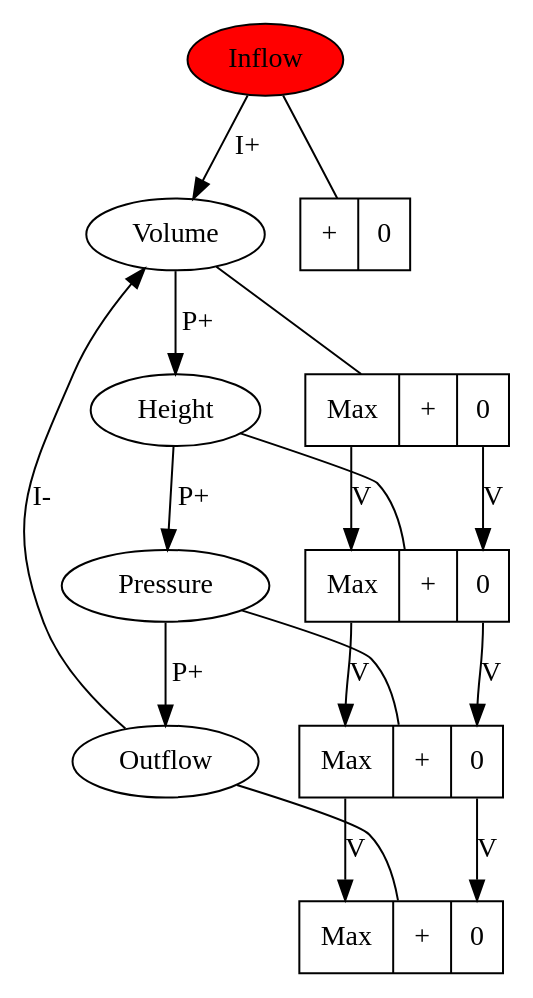
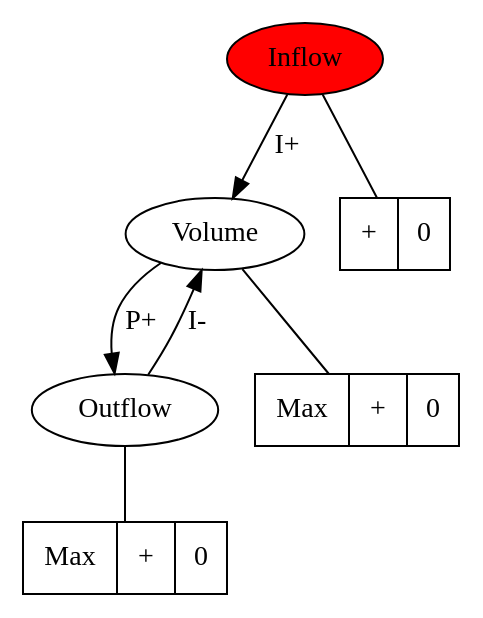
The diagram in causal_model.dot (tycho01/qualitative-reasoning), drawn with Graphviz before and after one commit. The commit also changed 1 other file, not shown here.

```diff
--- a/causal_model.dot
+++ b/causal_model.dot
@@ -1,56 +1,56 @@
 digraph SINK
 {
     //Quantities
     Inflow [style=filled fillcolor=red];
     Volume;
     Outflow;
-    Pressure;
-    Height;
+    // Pressure;
+    // Height;
 
     // Magnitudes of Quantities
     mag_i [shape=record, label="<f0> +|<f1> 0"];
     mag_v [shape=record,label="<f0> Max|<f1> +|<f2> 0"];
     mag_o [shape=record,label="<f0> Max|<f1> +|<f2> 0"];
-    mag_p [shape=record,label="<f0> Max|<f1> +|<f2> 0"];
-    mag_h [shape=record,label="<f0> Max|<f1> +|<f2> 0"];
+    // mag_p [shape=record,label="<f0> Max|<f1> +|<f2> 0"];
+    // mag_h [shape=record,label="<f0> Max|<f1> +|<f2> 0"];
 
     // Derivatives of Quantities
     // der_i [shape=circle label="+\n0\n-"];
     // der_v [shape=circle label="+\n0\n-"];
     // der_o [shape=circle label="+\n0\n-"];
     // der_p [shape=circle label="+\n0\n-"];
     // der_h [shape=circle label="+\n0\n-"];
 
     // For Undirected Edges
     subgraph SG1
     {
         edge [dir=none]
 
         Inflow -> mag_i; 
         Volume -> mag_v; 
         Outflow -> mag_o; 
-        Pressure -> mag_p; 
-        Height -> mag_h;
+        // Pressure -> mag_p; 
+        // Height -> mag_h;
 
         // Inflow -> der_i;
         // Volume -> der_v;
         // Outflow -> der_o;
         // Pressure -> der_p;
         // Height -> der_h;
     }
 
     // For Directed Edges
     subgraph SG2
     {
         Inflow -> Volume [label="I+"];
         Outflow -> Volume [label="I-"];
-        // Volume -> Outflow [label="P+"];
-        Volume -> Height [label="P+"];
-        Height -> Pressure [label="P+"];
-        Pressure -> Outflow [label="P+"];
+        Volume -> Outflow [label="P+"];
+        // Volume -> Height [label="P+"];
+        // Height -> Pressure [label="P+"];
+        // Pressure -> Outflow [label="P+"];
     
-        mag_v: f0 -> mag_h : f0 [label="V"]; mag_v: f2 -> mag_h : f2 [label="V"];
-        mag_h: f0 -> mag_p : f0 [label="V"]; mag_h: f2 -> mag_p : f2 [label="V"];
-        mag_p: f0 -> mag_o : f0 [label="V"]; mag_p: f2 -> mag_o : f2 [label="V"];
+        // mag_v: f0 -> mag_h : f0 [label="V"]; mag_v: f2 -> mag_h : f2 [label="V"];
+        // mag_h: f0 -> mag_p : f0 [label="V"]; mag_h: f2 -> mag_p : f2 [label="V"];
+        // mag_p: f0 -> mag_o : f0 [label="V"]; mag_p: f2 -> mag_o : f2 [label="V"];
     }
 }
```
